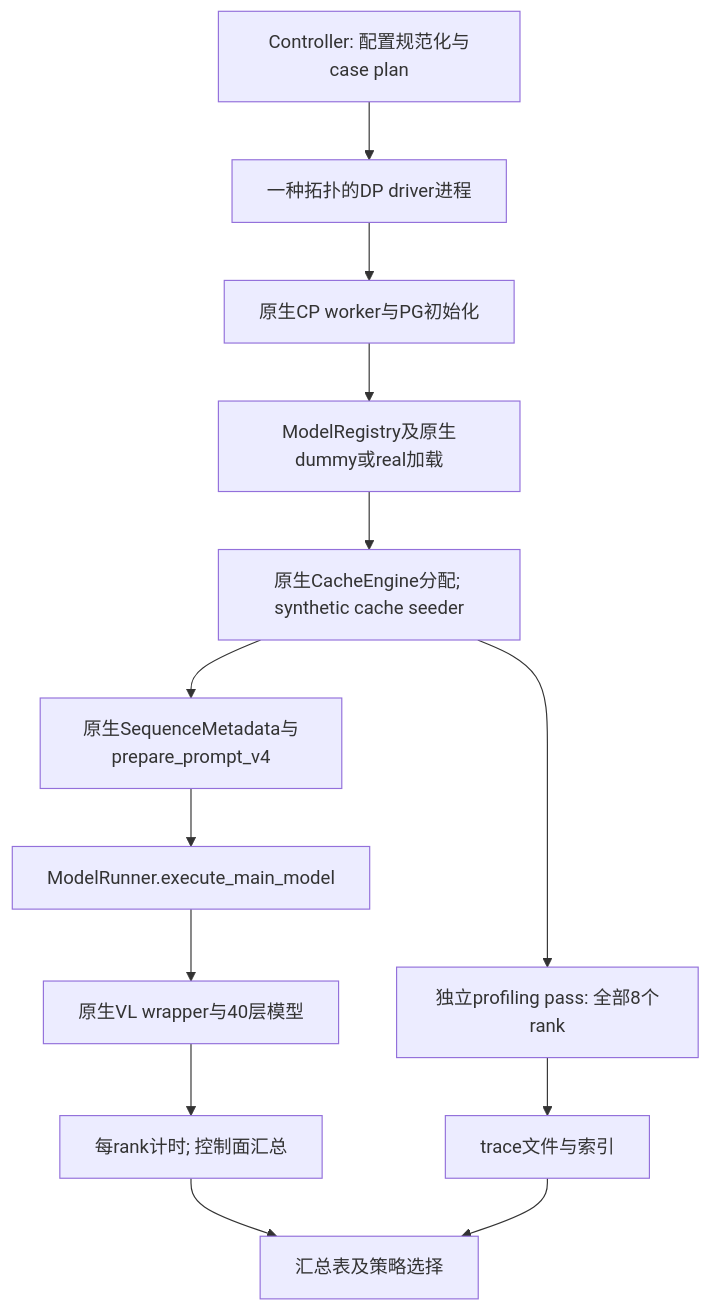
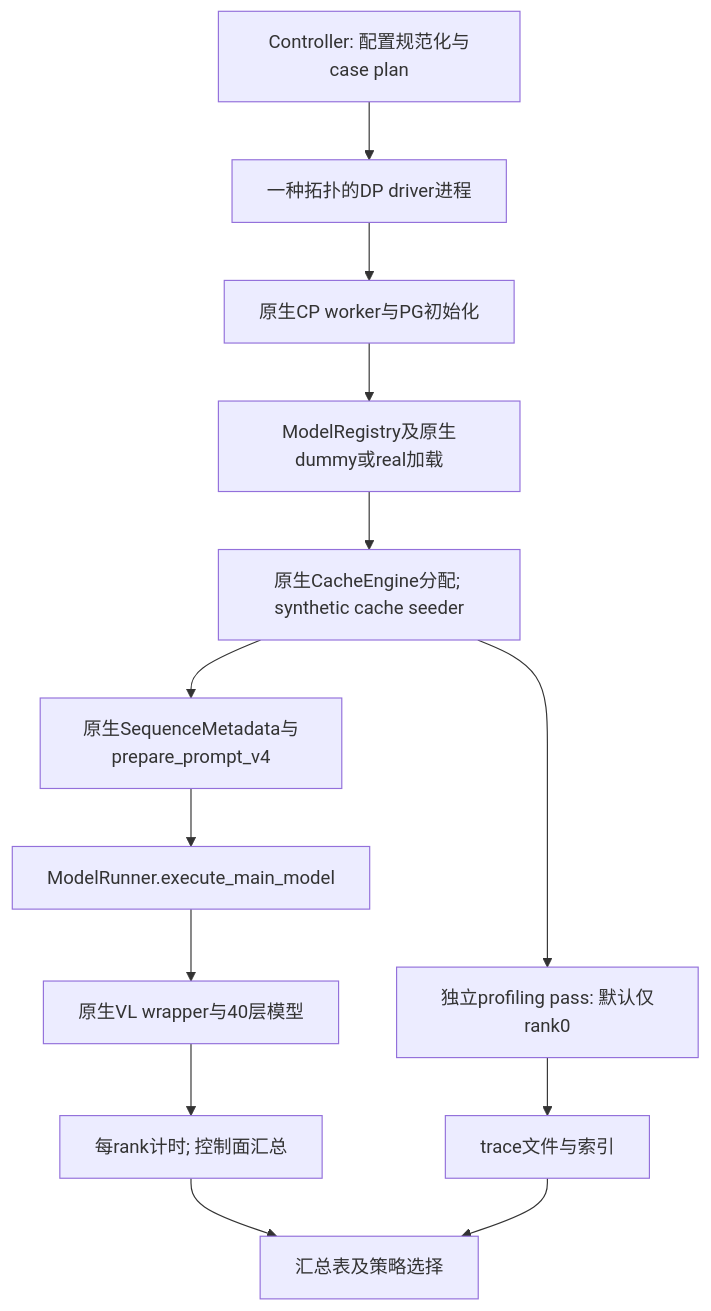
One commit to ycx0510-flash/dsv4.1_benchmark changed the diagram in benchmarks/prefill_ascend950/DESIGN.md. Above: the diagram before and after it, drawn with Mermaid. The commit also changed other lines of this file and 5 other files, not shown here.

````diff
--- a/benchmarks/prefill_ascend950/DESIGN.md
+++ b/benchmarks/prefill_ascend950/DESIGN.md
@@ -142,15 +142,15 @@
 ```mermaid
 flowchart TD
     A[Controller: 配置规范化与case plan] --> B[一种拓扑的DP driver进程]
     B --> C[原生CP worker与PG初始化]
     C --> D[ModelRegistry及原生dummy或real加载]
     D --> E[原生CacheEngine分配; synthetic cache seeder]
     E --> F[原生SequenceMetadata与prepare_prompt_v4]
     F --> G[ModelRunner.execute_main_model]
     G --> H[原生VL wrapper与40层模型]
     H --> I[每rank计时; 控制面汇总]
-    E --> J[独立profiling pass: 全部8个rank]
+    E --> J[独立profiling pass: 默认仅rank0]
     J --> K[trace文件与索引]
     I --> L[汇总表及策略选择]
     K --> L
 ```
````
